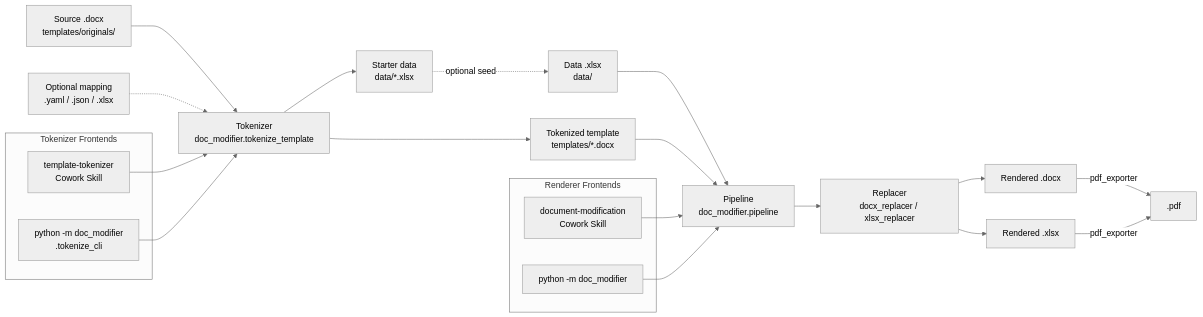
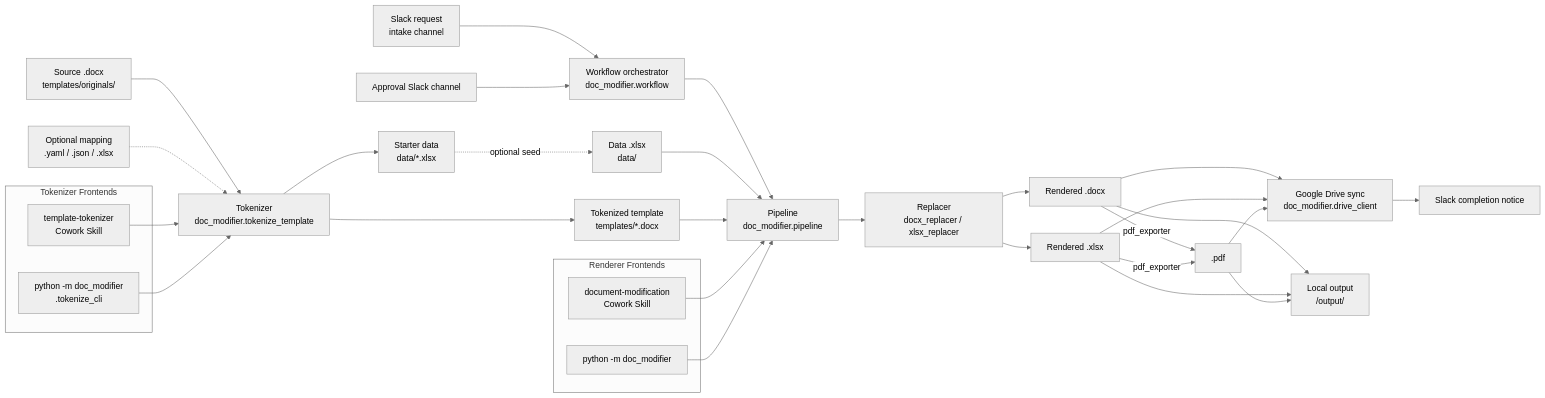
One commit to r-kawashima-art/Document-Modification changed the first of 4 diagrams in specs/design.md. Above: the diagram before and after it, drawn with Mermaid (neutral theme). The commit also changed other lines of this file and 13 other files, not shown here.

````diff
--- a/specs/design.md
+++ b/specs/design.md
@@ -9,30 +15,41 @@
 ```mermaid
 flowchart LR
+    SLACK[Slack request<br/>intake channel] --> WF[Workflow orchestrator<br/>doc_modifier.workflow]
+    APPROVAL[Approval Slack channel] --> WF
+    WF --> P[Pipeline<br/>doc_modifier.pipeline]
+
     SRC[Source .docx<br/>templates/originals/] --> TOK[Tokenizer<br/>doc_modifier.tokenize_template]
     MAP[Optional mapping<br/>.yaml / .json / .xlsx] -.-> TOK
     TOK --> TPL[Tokenized template<br/>templates/*.docx]
     TOK --> SD[Starter data<br/>data/*.xlsx]
 
-    DATA[Data .xlsx<br/>data/] --> P[Pipeline<br/>doc_modifier.pipeline]
+    DATA[Data .xlsx<br/>data/] --> P
     TPL --> P
     SD -.->|optional seed| DATA
 
     P --> R[Replacer<br/>docx_replacer / xlsx_replacer]
     R --> O1[Rendered .docx]
     R --> O2[Rendered .xlsx]
     O1 -- pdf_exporter --> O3[.pdf]
     O2 -- pdf_exporter --> O3
+    O1 --> DRIVE[Google Drive sync<br/>doc_modifier.drive_client]
+    O2 --> DRIVE
+    O3 --> DRIVE
+    O1 --> LOCAL[Local output<br/>/output/]
+    O2 --> LOCAL
+    O3 --> LOCAL
+    DRIVE --> DONE[Slack completion notice]
 
     subgraph Tokenizer Frontends
       ST[template-tokenizer<br/>Cowork Skill]
       CT[python -m doc_modifier<br/>.tokenize_cli]
     end
     subgraph Renderer Frontends
       SR[document-modification<br/>Cowork Skill]
       CR[python -m doc_modifier]
     end
     ST --> TOK
     CT --> TOK
     SR --> P
     CR --> P
 ```
````
